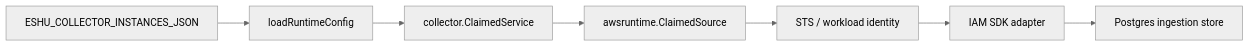
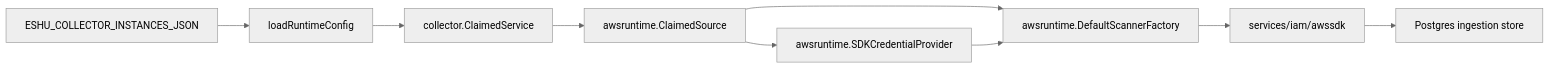
One commit to eshu-hq/eshu changed the diagram in go/cmd/collector-aws-cloud/README.md. Above: the diagram before and after it, drawn with Mermaid (neutral theme). The commit also changed other lines of this file and 14 other files, not shown here.

````diff
--- a/go/cmd/collector-aws-cloud/README.md
+++ b/go/cmd/collector-aws-cloud/README.md
@@ -18,9 +18,11 @@
 ```mermaid
 flowchart LR
   A["ESHU_COLLECTOR_INSTANCES_JSON"] --> B["loadRuntimeConfig"]
   B --> C["collector.ClaimedService"]
   C --> D["awsruntime.ClaimedSource"]
-  D --> E["STS / workload identity"]
-  E --> F["IAM SDK adapter"]
-  F --> G["Postgres ingestion store"]
+  D --> E["awsruntime.SDKCredentialProvider"]
+  D --> F["awsruntime.DefaultScannerFactory"]
+  E --> F
+  F --> H["services/iam/awssdk"]
+  H --> G["Postgres ingestion store"]
 ```
````
